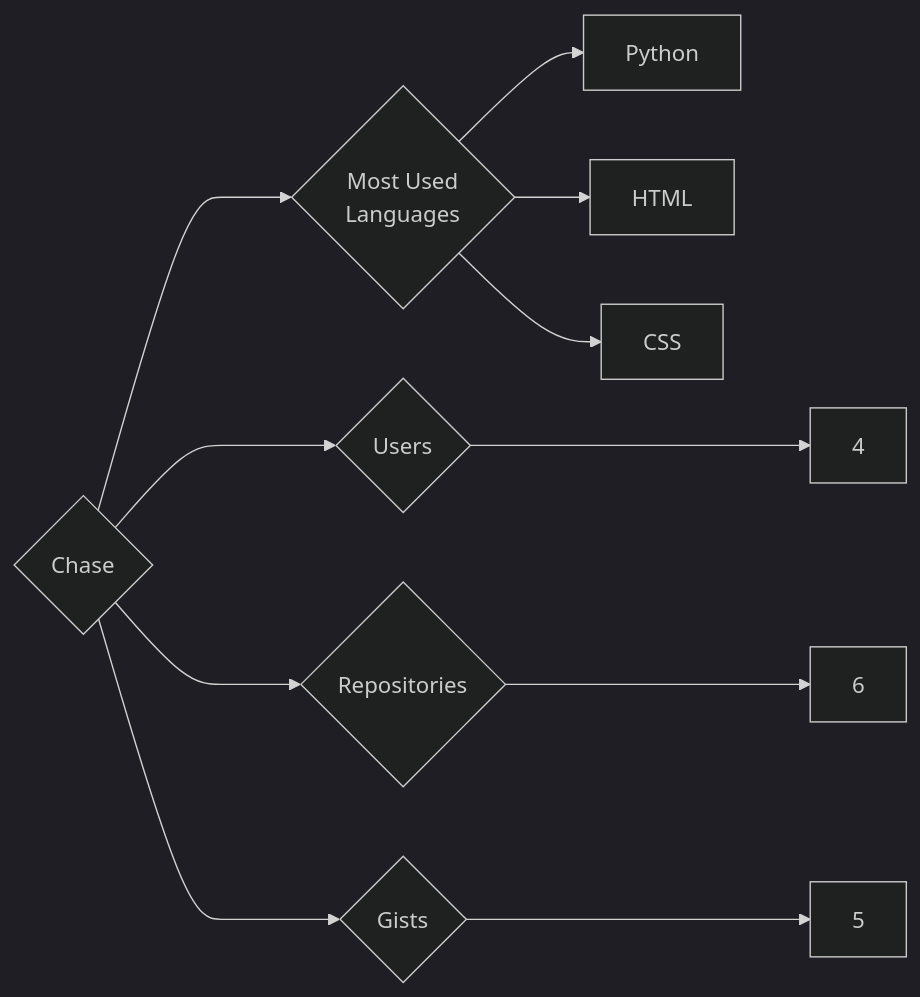
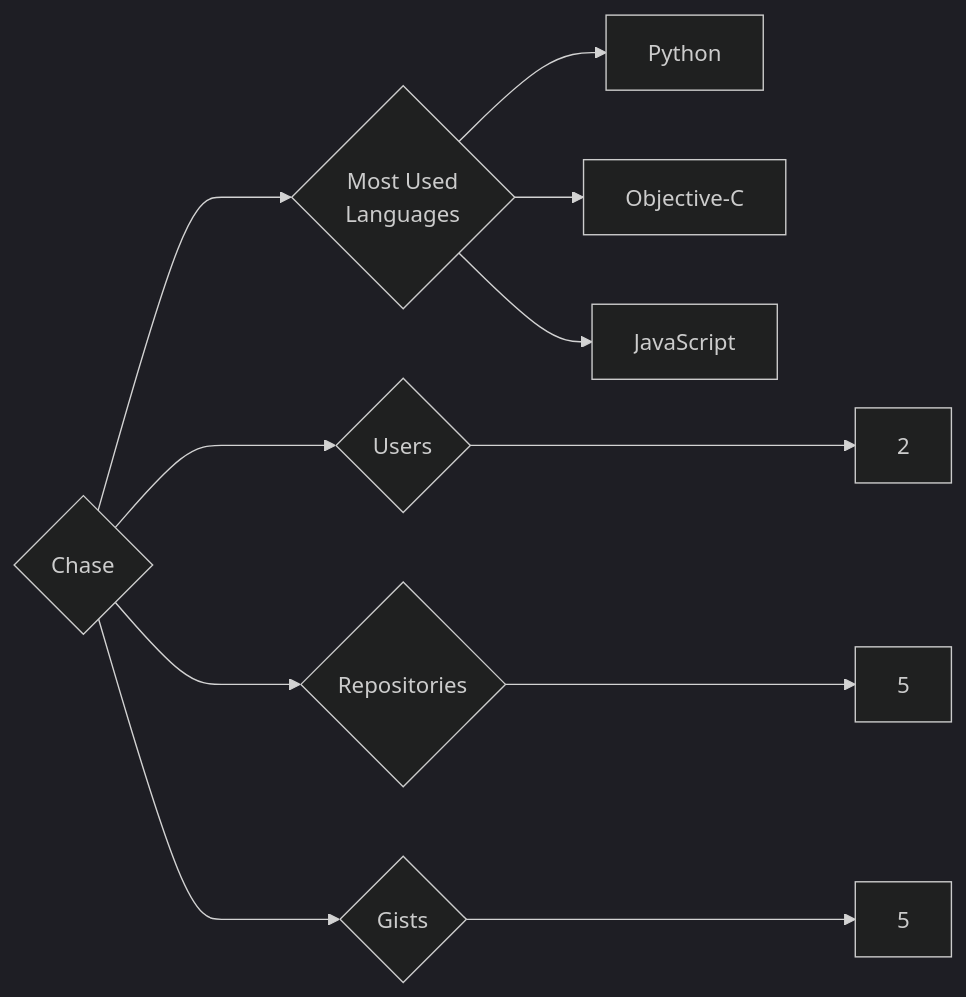
One commit to trickest/insiders changed the diagram in targets/Chase/README.md. Above: the diagram before and after it, drawn with Mermaid (dark theme). The commit also changed 1036 other files, not shown here.

````diff
--- a/targets/Chase/README.md
+++ b/targets/Chase/README.md
@@ -3,11 +3,11 @@
 ```mermaid
 graph LR
 COMPANY_NAME{Chase}
-COMPANY_NAME ---> U{Users} ---> UN[4]
-COMPANY_NAME ---> R{Repositories} ---> RN[6]
+COMPANY_NAME ---> U{Users} ---> UN[2]
+COMPANY_NAME ---> R{Repositories} ---> RN[5]
 COMPANY_NAME ---> G{Gists} ---> GN[5]
 COMPANY_NAME ---> ML{Most Used<br>Languages}
 ML --> Python[Python]
-ML --> HTML[HTML]
-ML --> CSS[CSS]
+ML --> Objective-C[Objective-C]
+ML --> JavaScript[JavaScript]
 ```
````
